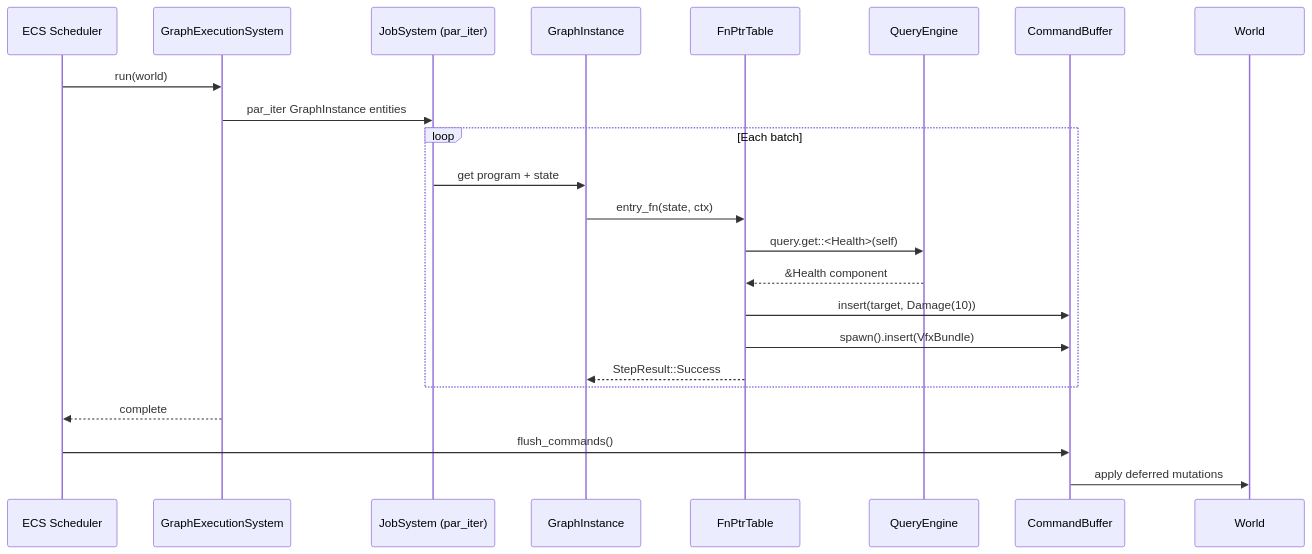
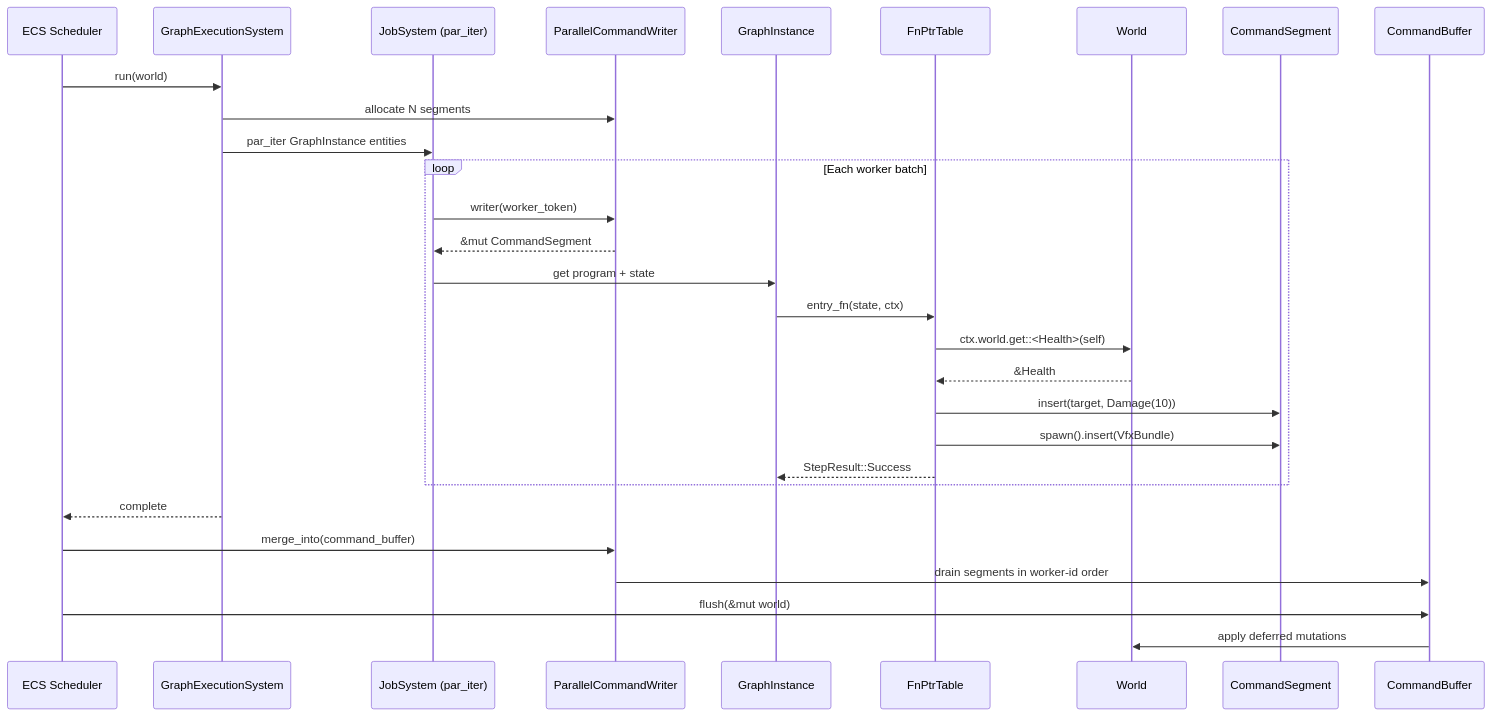
Before and after one commit to harmonius-dev/harmonius: the second of 2 diagrams in docs/design/integration/scripting-ecs.md, drawn with Mermaid. The commit also changed other lines of this file and 109 other files, not shown here.

````diff
--- a/docs/design/integration/scripting-ecs.md
+++ b/docs/design/integration/scripting-ecs.md
@@ -155,30 +315,35 @@
 ```mermaid
 sequenceDiagram
     participant SC as ECS Scheduler
     participant GS as GraphExecutionSystem
     participant JS as JobSystem (par_iter)
+    participant PCW as ParallelCommandWriter
     participant GI as GraphInstance
     participant FP as FnPtrTable
-    participant QE as QueryEngine
+    participant W as World
+    participant CS as CommandSegment
     participant CB as CommandBuffer
-    participant W as World
 
     SC->>GS: run(world)
+    GS->>PCW: allocate N segments
     GS->>JS: par_iter GraphInstance entities
 
-    loop Each batch
+    loop Each worker batch
+        JS->>PCW: writer(worker_token)
+        PCW-->>JS: &mut CommandSegment
         JS->>GI: get program + state
         GI->>FP: entry_fn(state, ctx)
 
-        FP->>QE: query.get::<Health>(self)
-        QE-->>FP: &Health component
-
-        FP->>CB: insert(target, Damage(10))
-        FP->>CB: spawn().insert(VfxBundle)
+        FP->>W: ctx.world.get::<Health>(self)
+        W-->>FP: &Health
+        FP->>CS: insert(target, Damage(10))
+        FP->>CS: spawn().insert(VfxBundle)
         FP-->>GI: StepResult::Success
     end
 
     GS-->>SC: complete
-    SC->>CB: flush_commands()
+    SC->>PCW: merge_into(command_buffer)
+    PCW->>CB: drain segments in worker-id order
+    SC->>CB: flush(&mut world)
     CB->>W: apply deferred mutations
 ```
````
